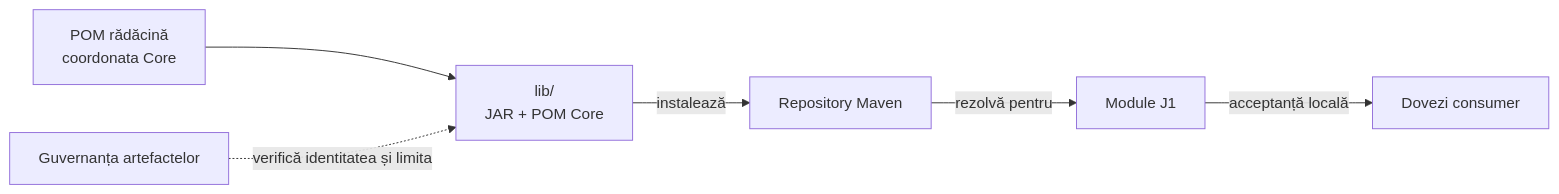
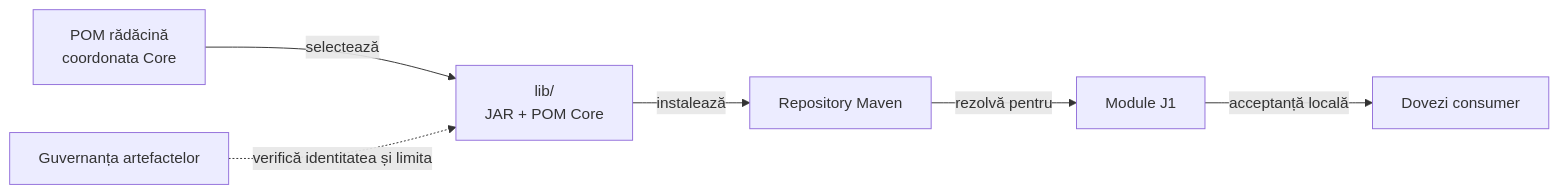
The diagram in docs/ATF_Core_Consumer.md (crististefanita/atf_j1), drawn with Mermaid before and after one commit. The commit also changed 17 other files, not shown here.

```diff
--- a/docs/ATF_Core_Consumer.md
+++ b/docs/ATF_Core_Consumer.md
@@ -51,8 +51,8 @@
 ~~~mermaid
 flowchart LR
-    Pin["POM rădăcină<br/>coordonata Core"] --> Pair["lib/<br/>JAR + POM Core"]
+    Pin["POM rădăcină<br/>coordonata Core"] -->|selectează| Pair["lib/<br/>JAR + POM Core"]
     Pair -->|instalează| Repo["Repository Maven"]
     Repo -->|rezolvă pentru| Modules["Module J1"]
     Modules -->|acceptanță locală| Evidence["Dovezi consumer"]
     Governance["Guvernanța artefactelor"] -. verifică identitatea și limita .-> Pair
 ~~~
```
